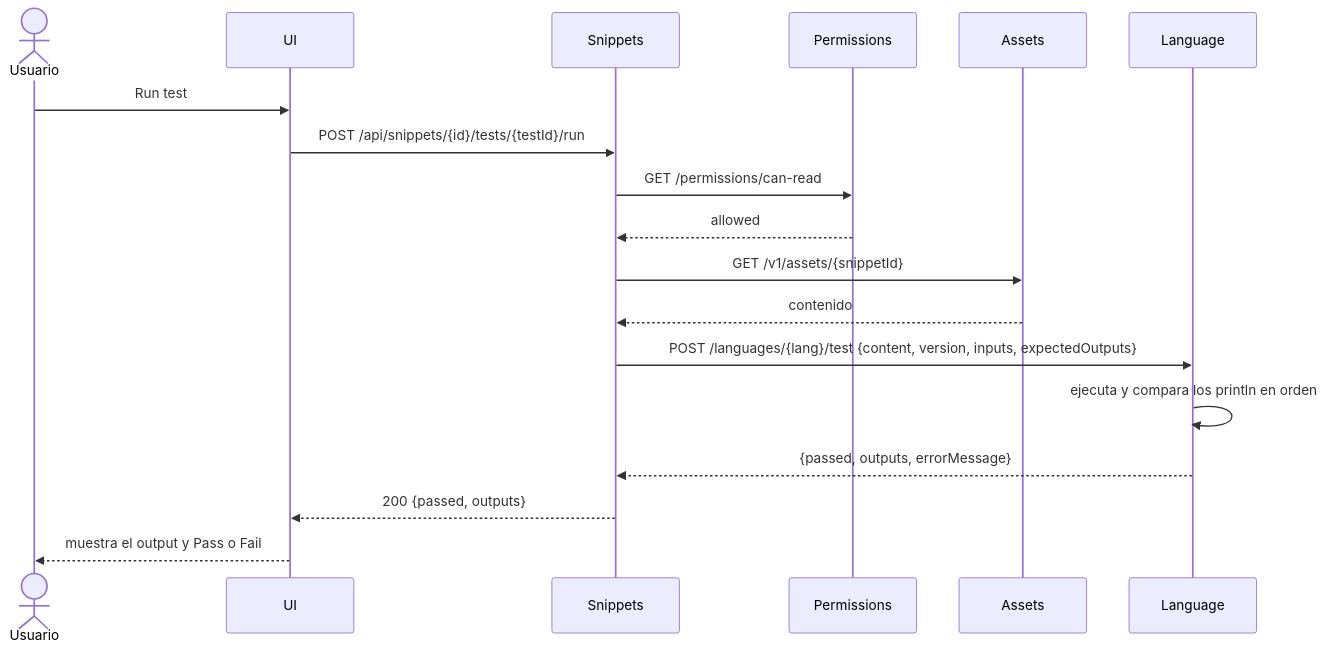
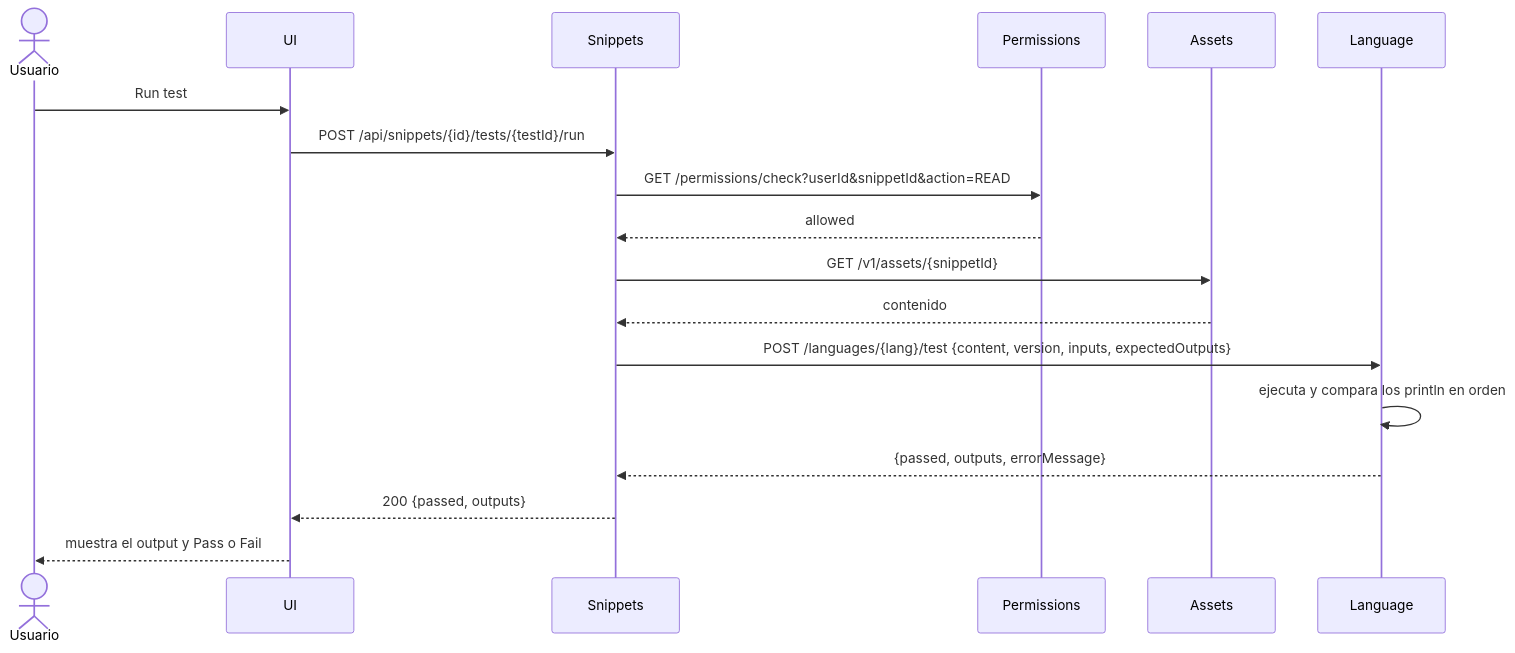
Before and after one commit to TP1-2-INGSIS/snippet-searcher-infra: the fifth of 6 diagrams in docs/secuencias.md, drawn with Mermaid. The commit also changed other lines of this file and 3 other files, not shown here.

````diff
--- a/docs/secuencias.md
+++ b/docs/secuencias.md
@@ -180,21 +199,21 @@
 ```mermaid
 sequenceDiagram
     actor U as Usuario
     participant UI as UI
     participant S as Snippets
     participant P as Permissions
     participant A as Assets
     participant L as Language
 
     U->>UI: Run test
     UI->>S: POST /api/snippets/{id}/tests/{testId}/run
-    S->>P: GET /permissions/can-read
+    S->>P: GET /permissions/check?userId&snippetId&action=READ
     P-->>S: allowed
     S->>A: GET /v1/assets/{snippetId}
     A-->>S: contenido
     S->>L: POST /languages/{lang}/test {content, version, inputs, expectedOutputs}
     L->>L: ejecuta y compara los println en orden
     L-->>S: {passed, outputs, errorMessage}
     S-->>UI: 200 {passed, outputs}
     UI-->>U: muestra el output y Pass o Fail
 ```
````
